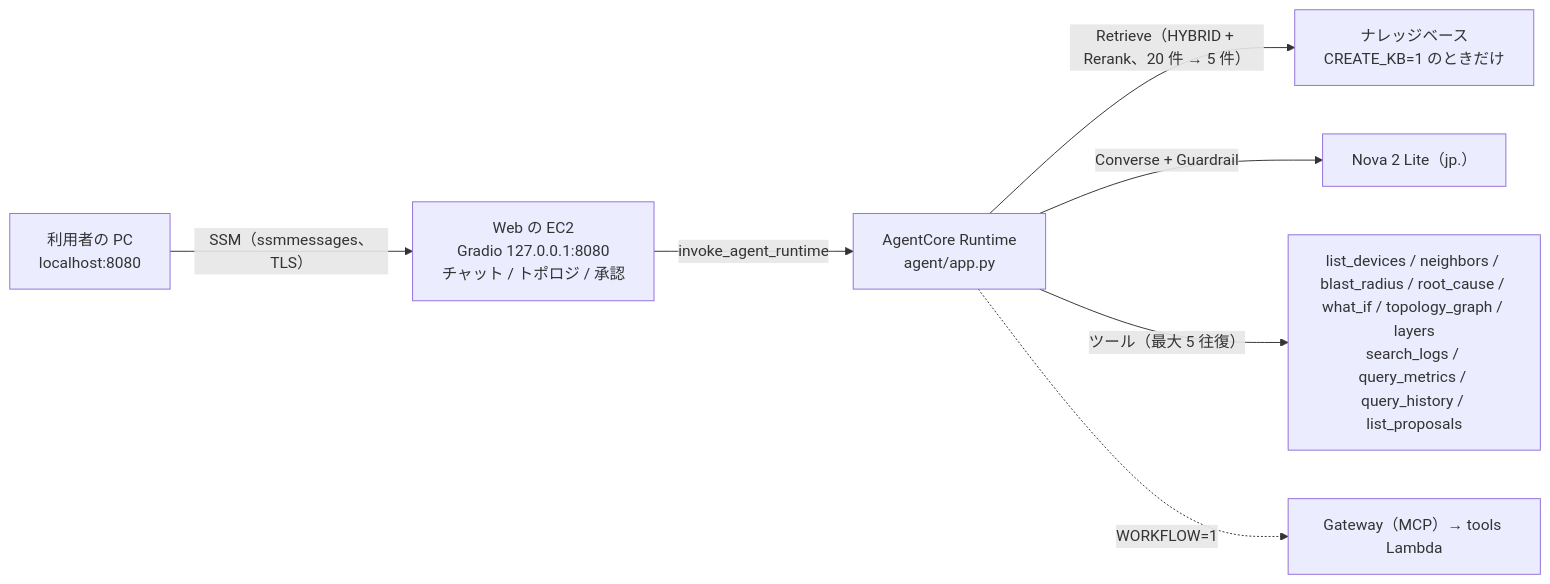
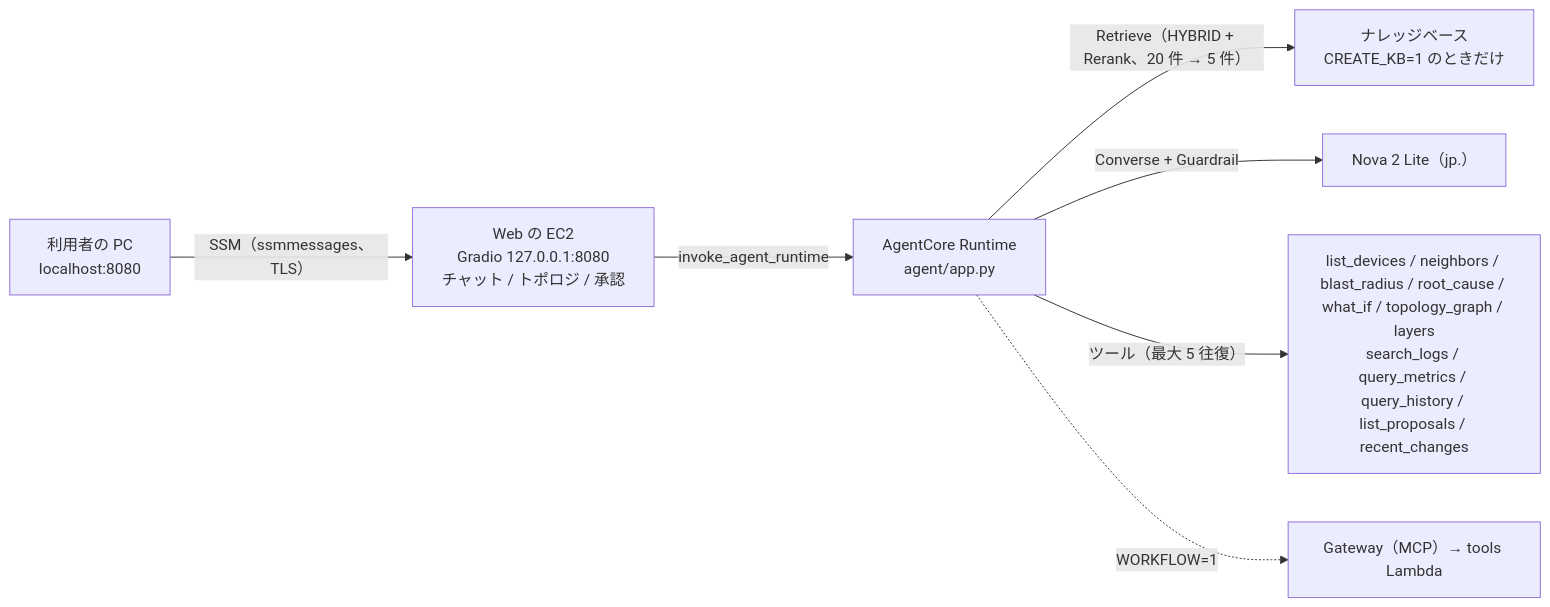
Before and after one commit to eddie-eights/nwc-poc: the diagram in docs/architecture/agent.md, drawn with Mermaid. The commit also changed 19 other files, not shown here.

````diff
--- a/docs/architecture/agent.md
+++ b/docs/architecture/agent.md
@@ -9,9 +9,9 @@
 ```mermaid
 flowchart LR
   PC["利用者の PC<br/>localhost:8080"] -->|"SSM（ssmmessages、TLS）"| WEB["Web の EC2<br/>Gradio 127.0.0.1:8080<br/>チャット / トポロジ / 承認"]
   WEB -->|"invoke_agent_runtime"| RT["AgentCore Runtime<br/>agent/app.py"]
   RT -->|"Retrieve（HYBRID + Rerank、20 件 → 5 件）"| KB["ナレッジベース<br/>CREATE_KB=1 のときだけ"]
   RT -->|"Converse + Guardrail"| LLM["Nova 2 Lite（jp.）"]
-  RT -->|"ツール（最大 5 往復）"| TOOLS["list_devices / neighbors / blast_radius / root_cause / what_if / topology_graph / layers<br/>search_logs / query_metrics / query_history / list_proposals"]
+  RT -->|"ツール（最大 5 往復）"| TOOLS["list_devices / neighbors / blast_radius / root_cause / what_if / topology_graph / layers<br/>search_logs / query_metrics / query_history / list_proposals / recent_changes"]
   RT -.->|"WORKFLOW=1"| GW["Gateway（MCP）→ tools Lambda"]
 ```
````
